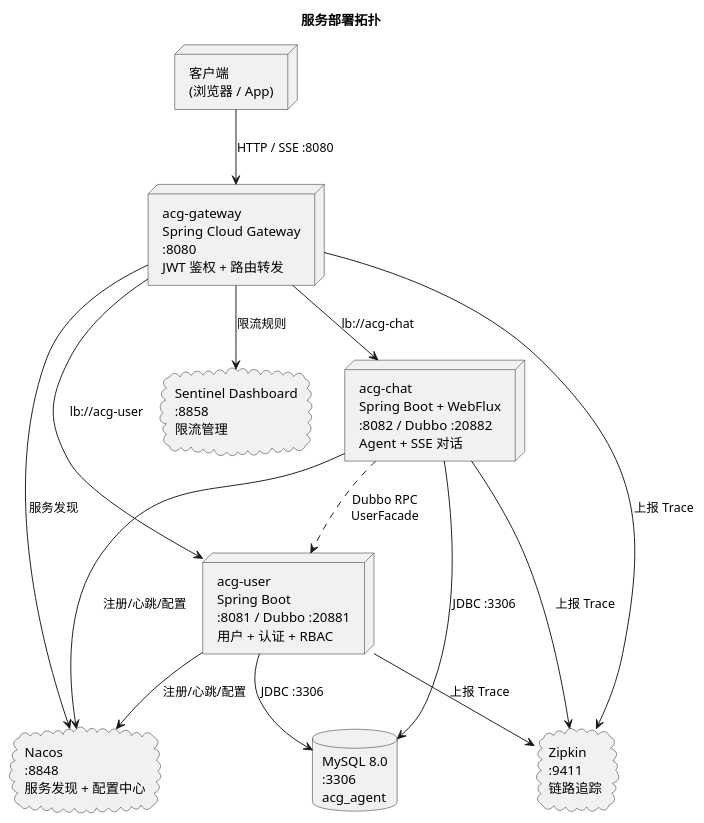
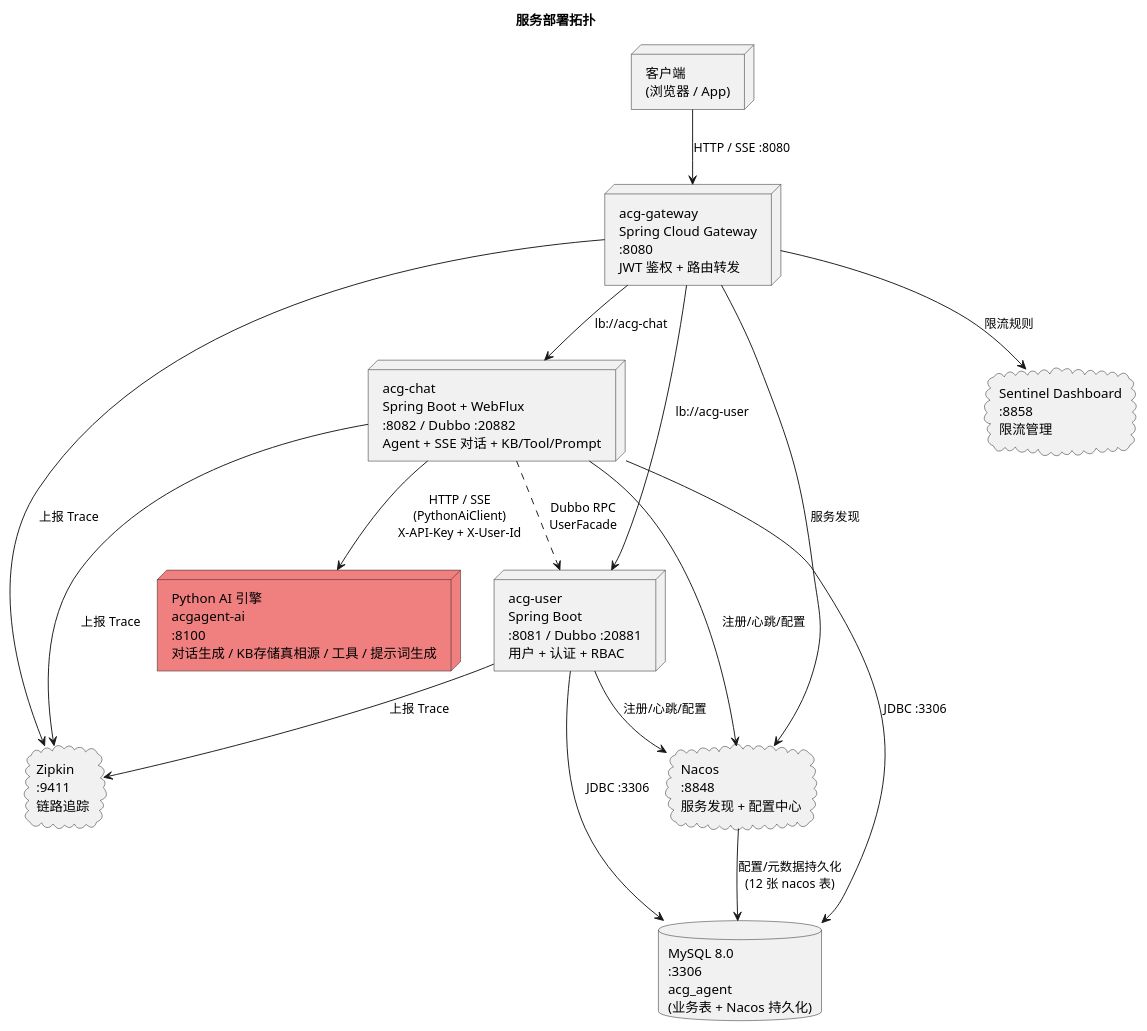
One commit to Maoyya/acgagent changed the third of 3 diagrams in docx/技术架构.md. Above: the diagram before and after it, drawn with PlantUML. The commit also changed other lines of this file and 4 other files, not shown here.

````diff
--- a/docx/技术架构.md
+++ b/docx/技术架构.md
@@ -479,30 +565,33 @@
 ```plantuml
 @startuml
 title 服务部署拓扑
 skinparam componentStyle rectangle
 
 node "客户端\n(浏览器 / App)" as Client
 cloud "Nacos\n:8848\n服务发现 + 配置中心" as Nacos
 cloud "Zipkin\n:9411\n链路追踪" as Zipkin
 cloud "Sentinel Dashboard\n:8858\n限流管理" as Sentinel
 
 node "acg-gateway\nSpring Cloud Gateway\n:8080\nJWT 鉴权 + 路由转发" as Gateway
 node "acg-user\nSpring Boot\n:8081 / Dubbo :20881\n用户 + 认证 + RBAC" as User
-node "acg-chat\nSpring Boot + WebFlux\n:8082 / Dubbo :20882\nAgent + SSE 对话" as Agent
-database "MySQL 8.0\n:3306\nacg_agent" as DB
+node "acg-chat\nSpring Boot + WebFlux\n:8082 / Dubbo :20882\nAgent + SSE 对话 + KB/Tool/Prompt" as Agent
+database "MySQL 8.0\n:3306\nacg_agent\n(业务表 + Nacos 持久化)" as DB
+node "Python AI 引擎\nacgagent-ai\n:8100\n对话生成 / KB存储真相源 / 工具 / 提示词生成" as Python #LightCoral
 
 Client --> Gateway: HTTP / SSE :8080
 Gateway --> Nacos: 服务发现
 Gateway --> User: lb://acg-user
 Gateway --> Agent: lb://acg-chat
 User --> Nacos: 注册/心跳/配置
 Agent --> Nacos: 注册/心跳/配置
 User --> DB: JDBC :3306
 Agent --> DB: JDBC :3306
 Agent ..> User: Dubbo RPC\nUserFacade
+Agent --> Python: HTTP / SSE\n(PythonAiClient)\nX-API-Key + X-User-Id
+Nacos --> DB: 配置/元数据持久化\n(12 张 nacos 表)
 User --> Zipkin: 上报 Trace
 Agent --> Zipkin: 上报 Trace
 Gateway --> Zipkin: 上报 Trace
 Gateway --> Sentinel: 限流规则
 @enduml
 ```
````
